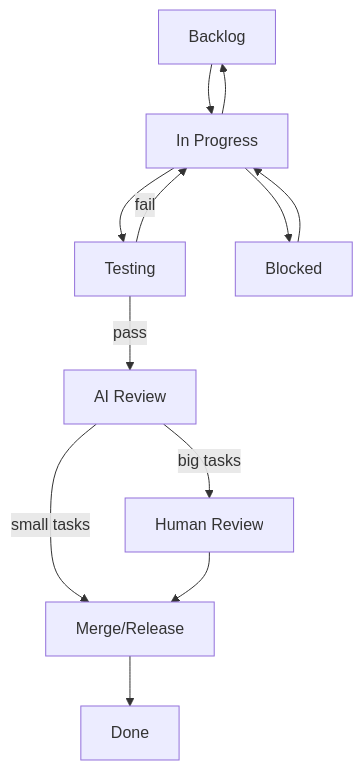
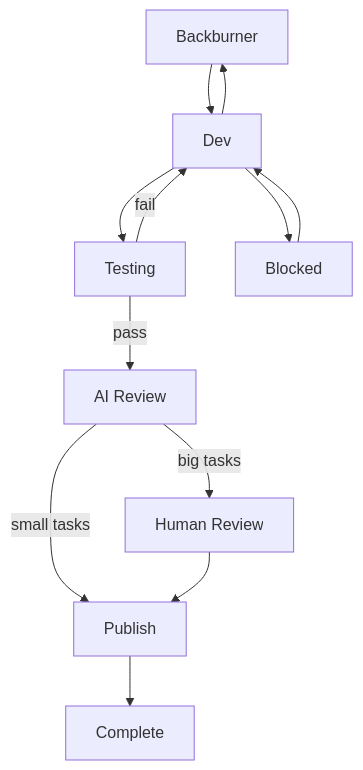
Before and after one commit to Emasoft/ai-maestro-orchestrator-agent: the diagram in skills/amoa-remote-agent-coordinator/templates/github/KANBAN_SYNC_PROTOCOL-part2-transitions-and-commands.md, drawn with Mermaid. The commit also changed other lines of this file and 65 other files, not shown here.

````diff
--- a/skills/amoa-remote-agent-coordinator/templates/github/KANBAN_SYNC_PROTOCOL-part2-transitions-and-commands.md
+++ b/skills/amoa-remote-agent-coordinator/templates/github/KANBAN_SYNC_PROTOCOL-part2-transitions-and-commands.md
@@ -13,14 +13,14 @@
 ```mermaid
 graph TD
-    A[Backlog] --> B[In Progress]
+    A[Backburner] --> B[Dev]
     B --> T[Testing]
     T -->|pass| C[AI Review]
     T -->|fail| B
     C -->|big tasks| D[Human Review]
-    C -->|small tasks| E[Merge/Release]
-    D --> E[Merge/Release]
-    E --> F[Done]
+    C -->|small tasks| E[Publish]
+    D --> E[Publish]
+    E --> F[Complete]
     B --> G[Blocked]
     G --> B
     B --> A
 ```
````
